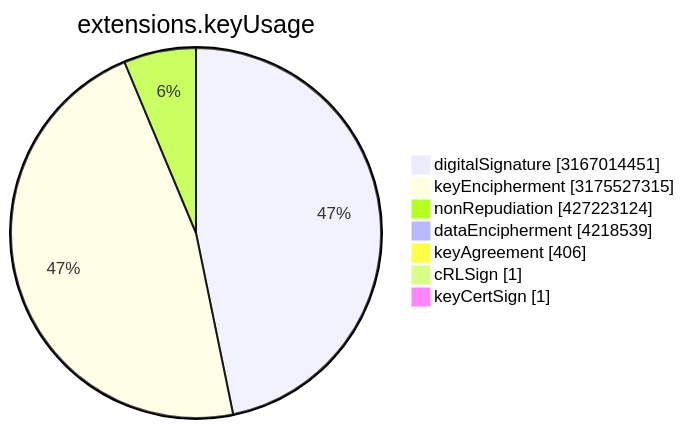
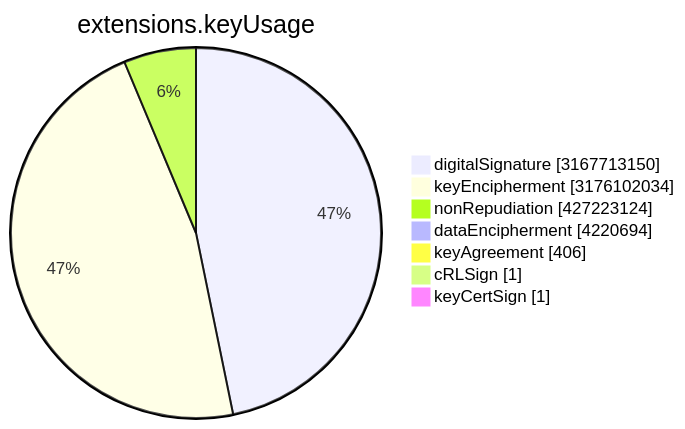
Before and after one commit to christiankrug/ctmonitor_visualization: the sixth of 15 diagrams in TOTAL/README.md, drawn with Mermaid. The commit also changed other lines of this file, not shown here.

````diff
--- a/TOTAL/README.md
+++ b/TOTAL/README.md
@@ -3077,11 +3077,11 @@
 ```mermaid
 pie showData
 title extensions.keyUsage
-"digitalSignature" :3167014451
-"keyEncipherment" :3175527315
+"digitalSignature" :3167713150
+"keyEncipherment" :3176102034
 "nonRepudiation" :427223124
-"dataEncipherment" :4218539
+"dataEncipherment" :4220694
 "keyAgreement" :406
 "cRLSign" :1
 "keyCertSign" :1
 ```
````
